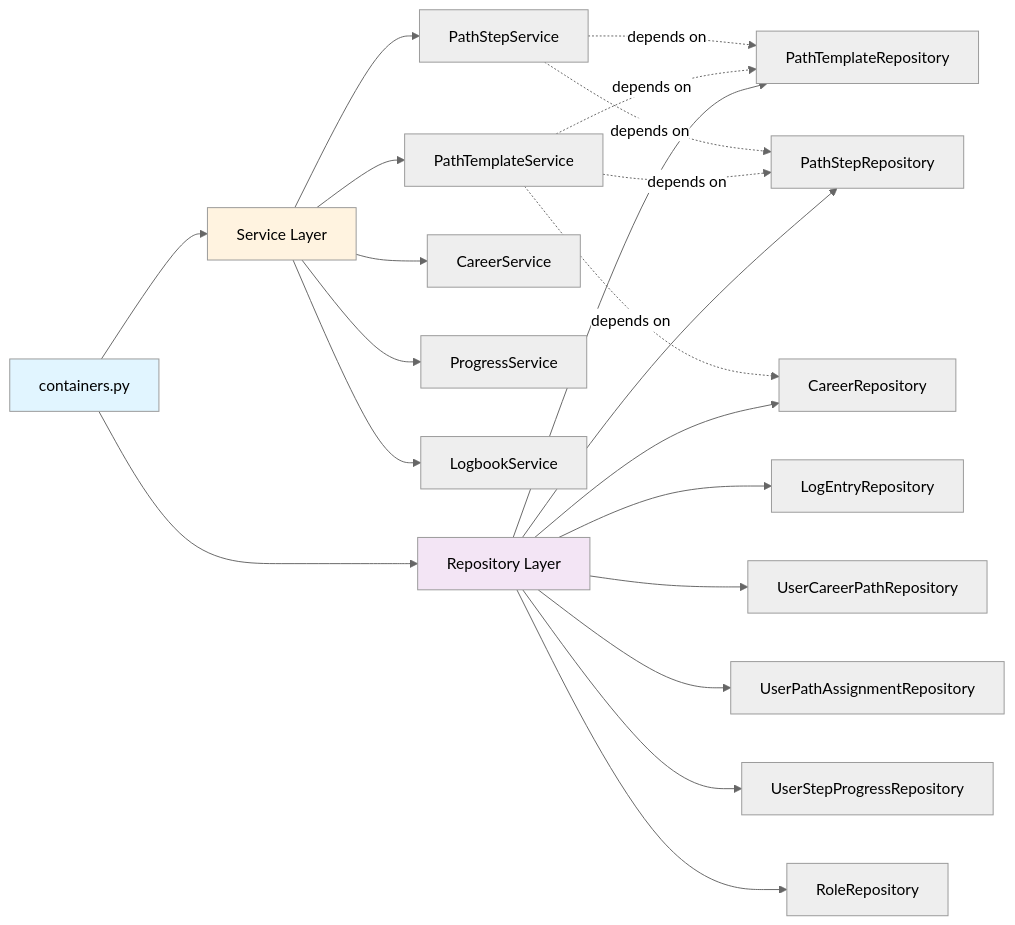
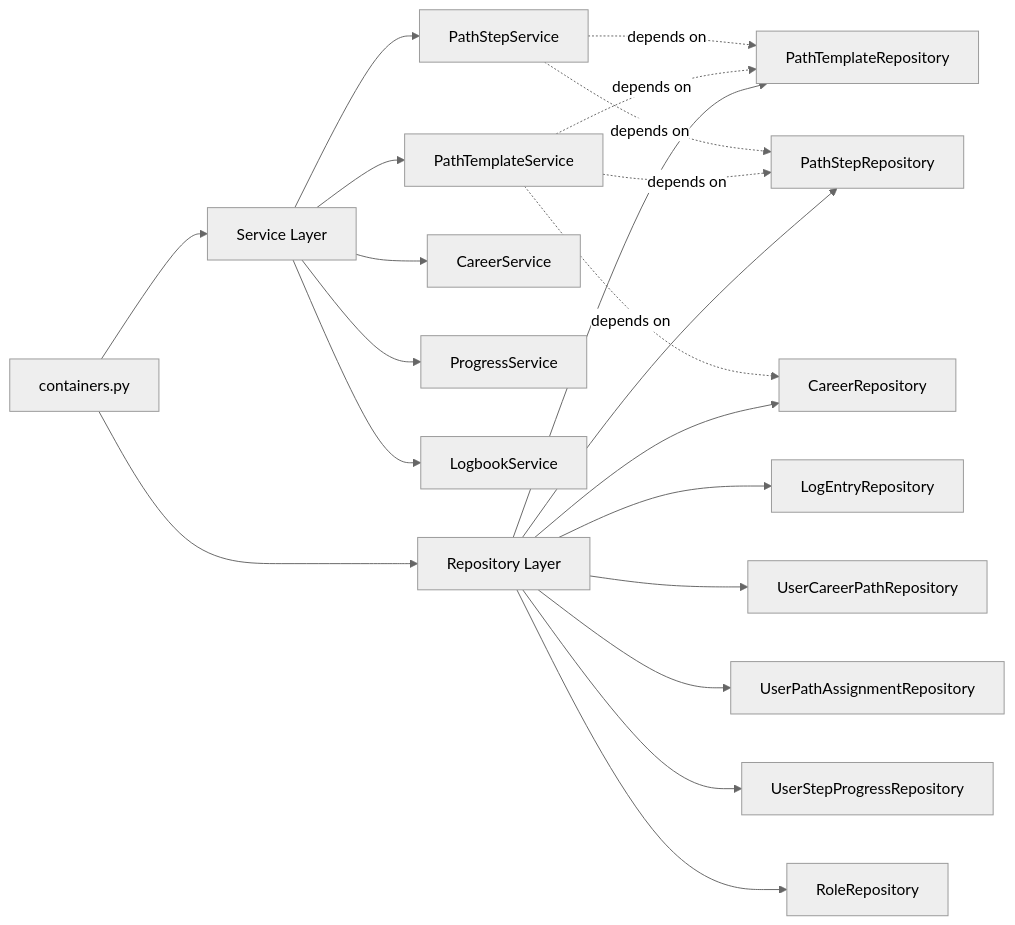
Before and after one commit to ELC/upskilling: the third of 3 diagrams in docs/changes_from_improve-dependency-injection_to_subdive-services.md, drawn with Mermaid (neutral theme). The commit also changed other lines of this file, not shown here.

````diff
--- a/docs/changes_from_improve-dependency-injection_to_subdive-services.md
+++ b/docs/changes_from_improve-dependency-injection_to_subdive-services.md
@@ -86,30 +72,26 @@
 ```mermaid
 graph LR
     A[containers.py] --> B[Service Layer]
     B --> C[PathTemplateService]
     B --> D[PathStepService]
     B --> E[CareerService]
     B --> F[ProgressService]
     B --> G[LogbookService]
     
     A --> H[Repository Layer]
     H --> I[PathTemplateRepository]
     H --> J[PathStepRepository]
     H --> K[CareerRepository]
     H --> L[LogEntryRepository]
     H --> M[UserCareerPathRepository]
     H --> N[UserPathAssignmentRepository]
     H --> O[UserStepProgressRepository]
     H --> P[RoleRepository]
     
     C -.depends on.-> I
     C -.depends on.-> J
     C -.depends on.-> K
     
     D -.depends on.-> J
     D -.depends on.-> I
-    
-    style A fill:#e1f5ff
-    style B fill:#fff3e0
-    style H fill:#f3e5f5
 ```
````
